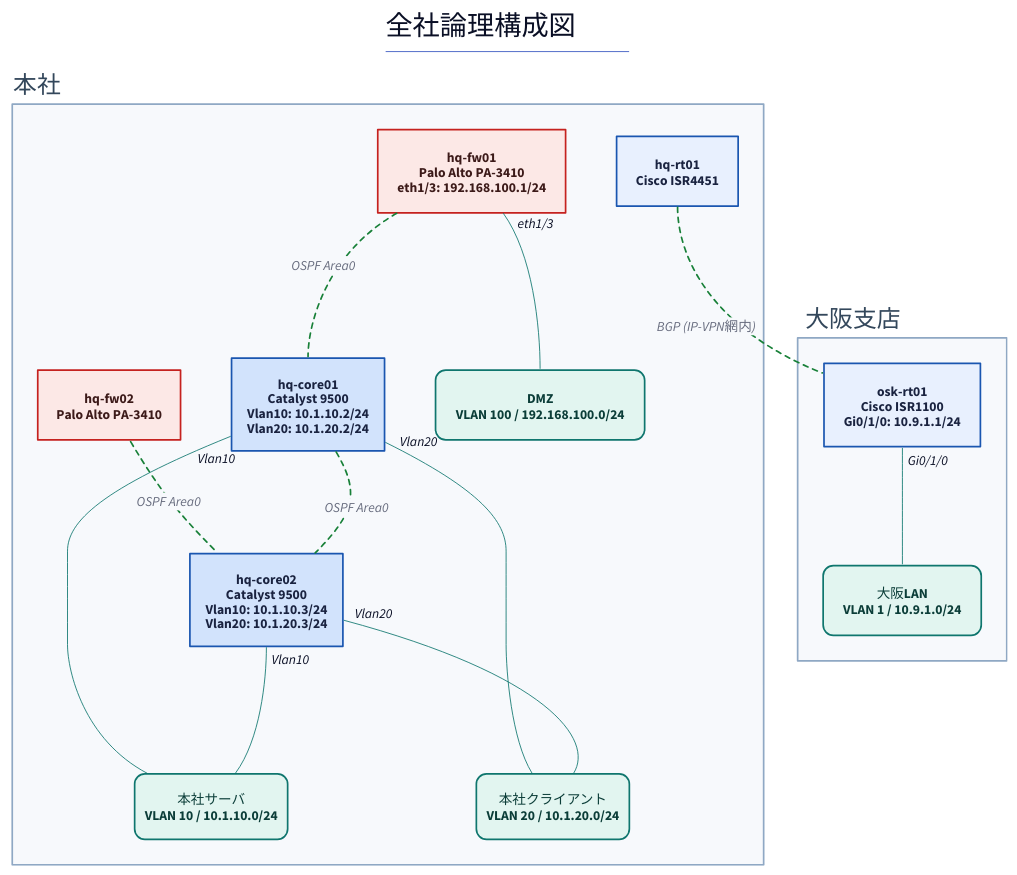
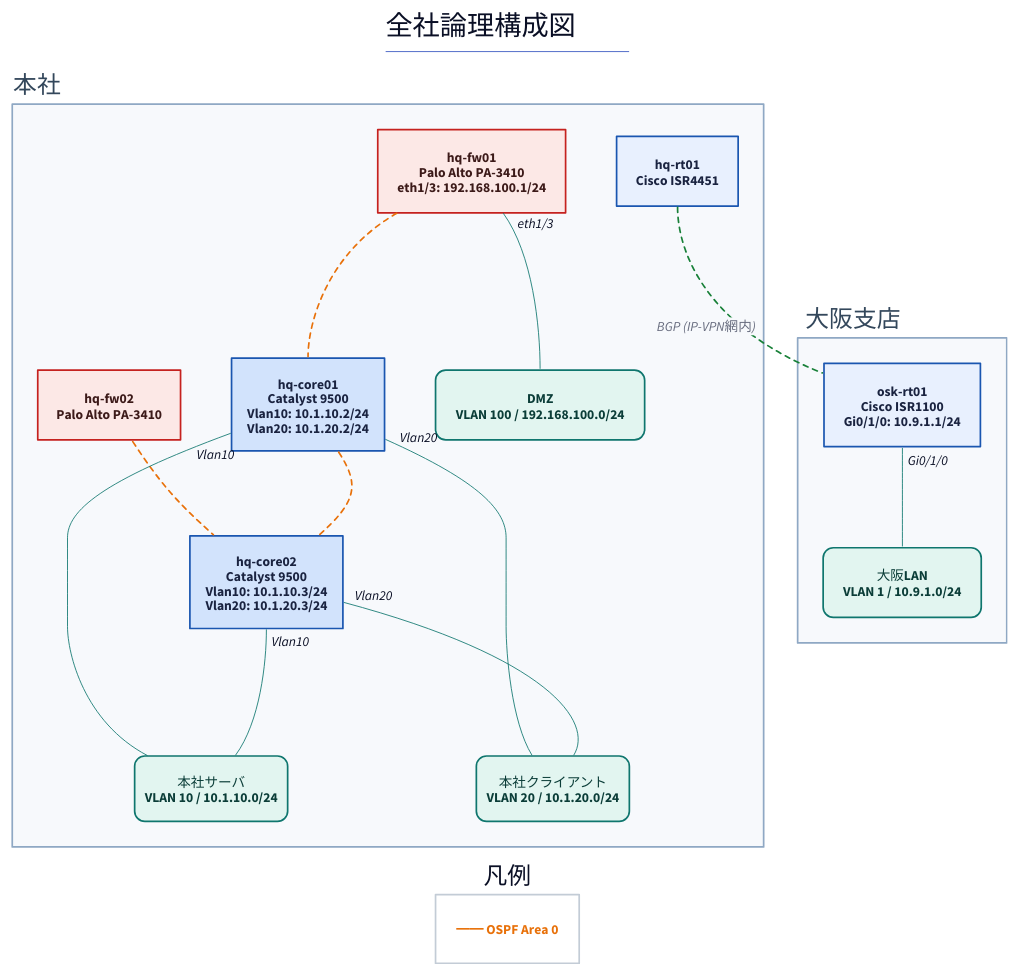
The diagram in examples/complex-lan/generated/logical-all.d2 (thinas1115/nwdsl), drawn with D2 before and after one commit. The commit also changed 28 other files, not shown here.

```diff
--- a/examples/complex-lan/generated/logical-all.d2
+++ b/examples/complex-lan/generated/logical-all.d2
@@ -1,54 +1,60 @@
 title: |md
   # 全社論理構成図
 | {near: top-center}
 direction: down
 
 classes: {
   role-router: {style.fill: "#e8f0fe"; style.stroke: "#1a56b0"; style.font-color: "#1a2340"}
   role-l3switch: {style.fill: "#d2e3fc"; style.stroke: "#1a56b0"; style.font-color: "#1a2340"}
   role-l2switch: {style.fill: "#e6f4ea"; style.stroke: "#137333"; style.font-color: "#1a2e1f"}
   role-firewall: {style.fill: "#fce8e6"; style.stroke: "#c5221f"; style.font-color: "#3c1a19"}
   role-other: {style.fill: "#f1f3f4"; style.stroke: "#5f6368"; style.font-color: "#202124"}
   node-cloud: {shape: cloud; style.fill: "#f1f3f4"; style.stroke: "#5f6368"}
   node-site: {style.fill: "#fff8e1"; style.stroke: "#b58105"; style.font-color: "#4a3a08"}
   node-segment: {style.fill: "#e2f5f0"; style.stroke: "#0f766e"; style.font-color: "#0b3d38"; style.border-radius: 12}
   node-external: {style.fill: "#ffffff"; style.stroke: "#9aa0a6"; style.stroke-dash: 3}
   group-site: {style.fill: "#f7f9fc"; style.stroke: "#8fa8c4"; style.font-color: "#33475b"}
   edge-label: {style.fill: "transparent"; style.stroke: "transparent"; style.font-size: 14; style.font-color: "#5f6368"; style.italic: true}
   edge-lan-cable: {style.stroke: "#4a4a4a"; style.stroke-width: 2}
   edge-wan-circuit: {style.stroke: "#1a73e8"; style.stroke-width: 4}
   edge-tunnel: {style.stroke: "#7b1fa2"; style.stroke-width: 2; style.stroke-dash: 5}
   edge-logical: {style.stroke: "#188038"; style.stroke-width: 2; style.stroke-dash: 3}
   edge-segment: {style.stroke: "#0f766e"; style.stroke-width: 1}
 }
 
 s_hq: "本社" {
   class: group-site
   label.near: outside-top-left
   n_hq_fw01: "hq-fw01\nPalo Alto PA-3410\neth1/3: 192.168.100.1/24" {class: role-firewall}
   n_hq_core01: "hq-core01\nCatalyst 9500\nVlan10: 10.1.10.2/24\nVlan20: 10.1.20.2/24" {class: role-l3switch; width: 180}
   n_hq_fw02: "hq-fw02\nPalo Alto PA-3410" {class: role-firewall}
   n_hq_core02: "hq-core02\nCatalyst 9500\nVlan10: 10.1.10.3/24\nVlan20: 10.1.20.3/24" {class: role-l3switch; width: 180}
   n_hq_rt01: "hq-rt01\nCisco ISR4451" {class: role-router}
   n_seg__hq_server: "本社サーバ\nVLAN 10 / 10.1.10.0/24" {class: node-segment; width: 180}
   n_seg__hq_client: "本社クライアント\nVLAN 20 / 10.1.20.0/24" {class: node-segment; width: 180}
   n_seg__hq_dmz: "DMZ\nVLAN 100 / 192.168.100.0/24" {class: node-segment}
 }
 
 s_osk: "大阪支店" {
   class: group-site
   label.near: outside-top-left
   n_osk_rt01: "osk-rt01\nCisco ISR1100\nGi0/1/0: 10.9.1.1/24" {class: role-router}
   n_seg__osk_lan: "大阪LAN\nVLAN 1 / 10.9.1.0/24" {class: node-segment}
 }
 
-s_hq.n_hq_fw01 -- s_hq.n_hq_core01: "OSPF Area0" {class: edge-logical}
-s_hq.n_hq_fw02 -- s_hq.n_hq_core02: "OSPF Area0" {class: edge-logical}
-s_hq.n_hq_core01 -- s_hq.n_hq_core02: "OSPF Area0" {class: edge-logical}
+s_hq.n_hq_fw01 -- s_hq.n_hq_core01 {class: edge-logical; style.stroke: "#e8710a"}
+s_hq.n_hq_fw02 -- s_hq.n_hq_core02 {class: edge-logical; style.stroke: "#e8710a"}
+s_hq.n_hq_core01 -- s_hq.n_hq_core02 {class: edge-logical; style.stroke: "#e8710a"}
 s_hq.n_hq_rt01 -- s_osk.n_osk_rt01: "BGP (IP-VPN網内)" {class: edge-logical}
 s_hq.n_hq_core01 -- s_hq.n_seg__hq_server {class: edge-segment; source-arrowhead.label: "Vlan10"}
 s_hq.n_hq_core02 -- s_hq.n_seg__hq_server {class: edge-segment; source-arrowhead.label: "Vlan10"}
 s_hq.n_hq_core01 -- s_hq.n_seg__hq_client {class: edge-segment; source-arrowhead.label: "Vlan20"}
 s_hq.n_hq_core02 -- s_hq.n_seg__hq_client {class: edge-segment; source-arrowhead.label: "Vlan20"}
 s_hq.n_hq_fw01 -- s_hq.n_seg__hq_dmz {class: edge-segment; source-arrowhead.label: "eth1/3"}
 s_osk.n_osk_rt01 -- s_osk.n_seg__osk_lan {class: edge-segment; source-arrowhead.label: "Gi0/1/0"}
+
+_legend: "凡例" {
+  near: bottom-center
+  style.fill: "#ffffff"; style.stroke: "#c3ccd6"
+  d0: "━━ OSPF Area 0" {shape: text; style.font-color: "#e8710a"; style.bold: true}
+}
```
